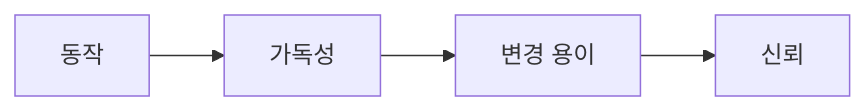
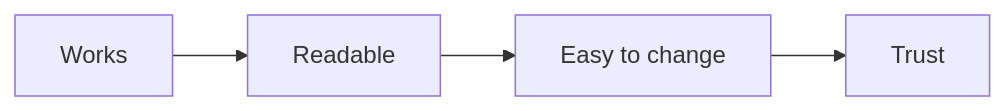
The diagram in content/clean-code-101/ko/01-what-is-clean-code.md (yeongseon-books/book-content), drawn with Mermaid before and after one commit. The commit also changed other lines of this file and 9 other files, not shown here.

````diff
--- a/content/clean-code-101/ko/01-what-is-clean-code.md
+++ b/content/clean-code-101/ko/01-what-is-clean-code.md
@@ -40,6 +46,6 @@
 ```mermaid
 flowchart LR
-    W["동작"] --> R["가독성"]
-    R --> C["변경 용이"]
-    C --> T["신뢰"]
+    W["Works"] --> R["Readable"]
+    R --> C["Easy to change"]
+    C --> T["Trust"]
 ```
````
